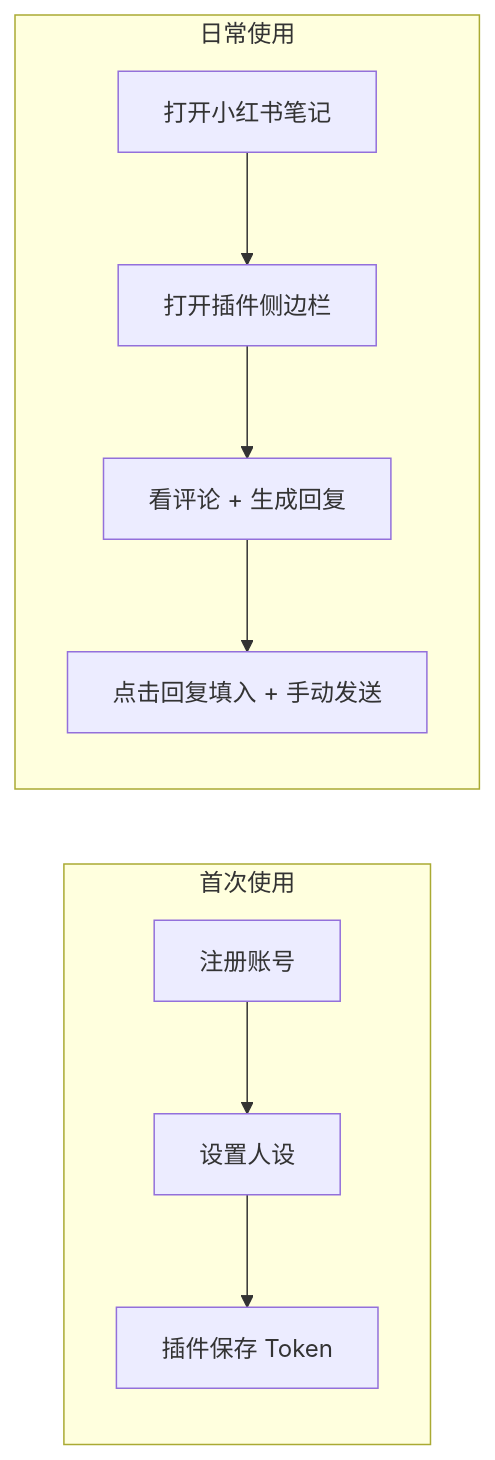
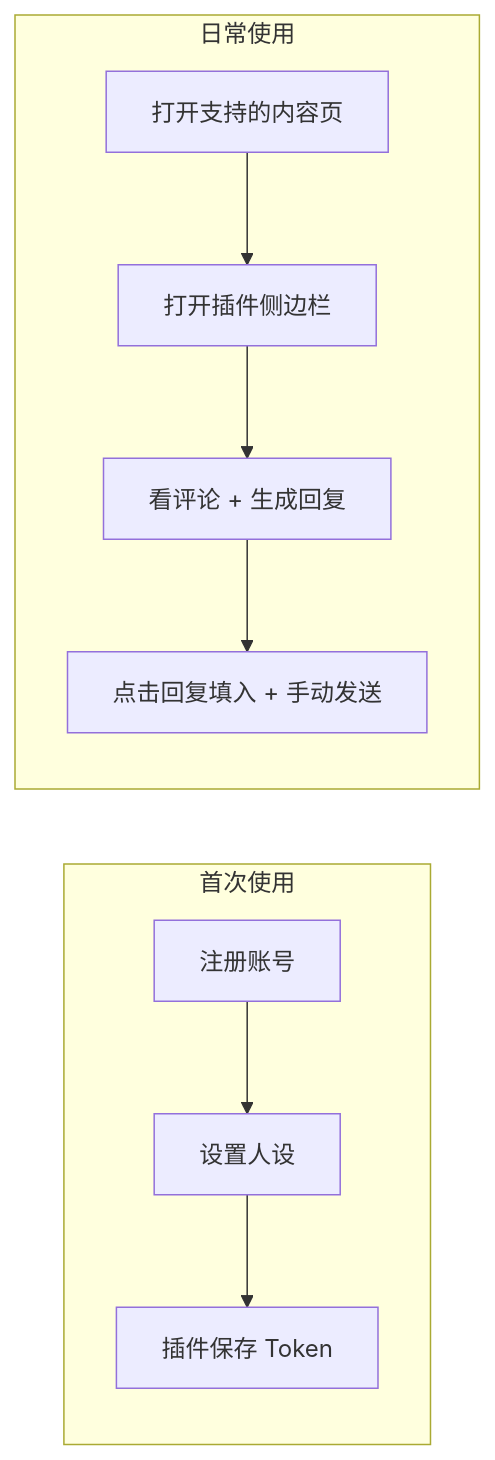
Before and after one commit to mustcanbedo/comment_copilot: the diagram in docs/usage-flow.md, drawn with Mermaid. The commit also changed other lines of this file and 8 other files, not shown here.

````diff
--- a/docs/usage-flow.md
+++ b/docs/usage-flow.md
@@ -20,17 +20,17 @@
 ```mermaid
 flowchart LR
   subgraph 首次使用
     A1[注册账号]
     A2[设置人设]
     A3[插件保存 Token]
   end
   A1 --> A2 --> A3
 
   subgraph 日常使用
-    B1[打开小红书笔记]
+    B1[打开支持的内容页]
     B2[打开插件侧边栏]
     B3[看评论 + 生成回复]
     B4[点击回复填入 + 手动发送]
   end
   B1 --> B2 --> B3 --> B4
 ```
````
